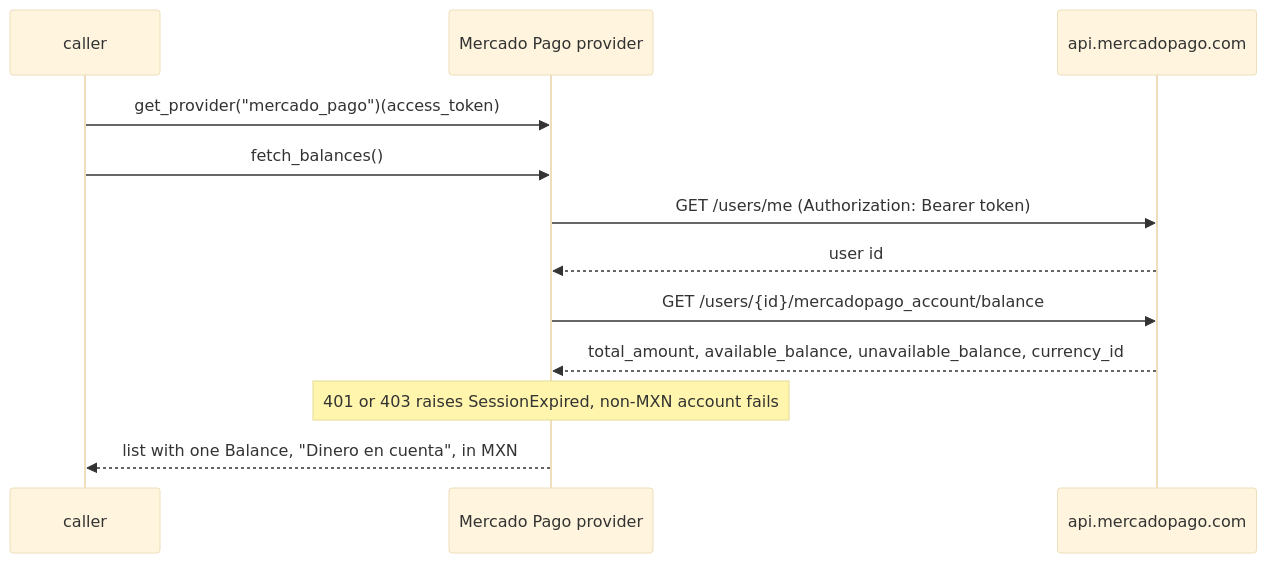
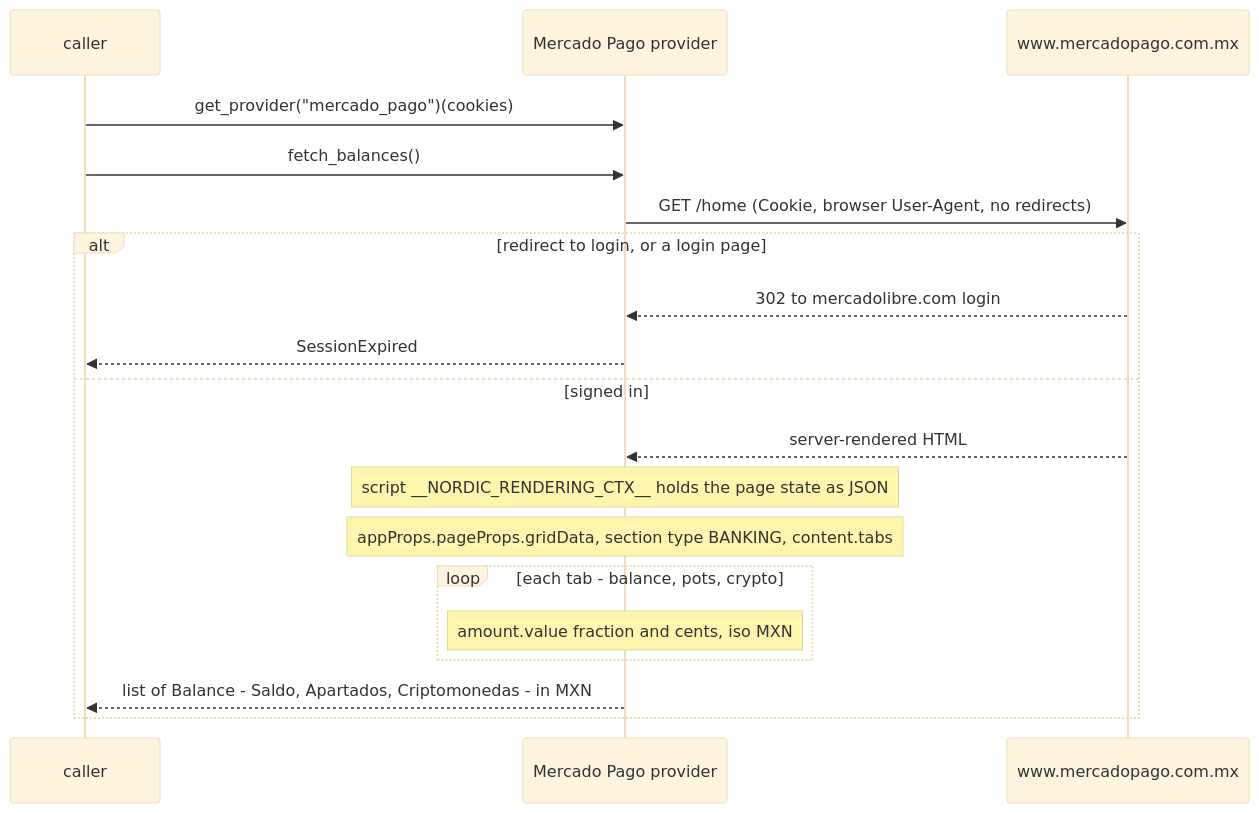
Before and after one commit to PaoloReyes/finscraper-mx: the second of 2 diagrams in docs/flows/mercado_pago.md, drawn with Mermaid (base theme). The commit also changed other lines of this file and 5 other files, not shown here.

First line of the commit message:
Mercado Pago: read balances from the signed-in web app instead of the API

````diff
--- a/docs/flows/mercado_pago.md
+++ b/docs/flows/mercado_pago.md
@@ -6,15 +24,22 @@
 ```mermaid
 sequenceDiagram
   participant C as caller
   participant P as Mercado Pago provider
-  participant A as api.mercadopago.com
+  participant W as www.mercadopago.com.mx
 
-  C->>P: get_provider("mercado_pago")(access_token)
+  C->>P: get_provider("mercado_pago")(cookies)
   C->>P: fetch_balances()
-  P->>A: GET /users/me  (Authorization: Bearer token)
-  A-->>P: user id
-  P->>A: GET /users/{id}/mercadopago_account/balance
-  A-->>P: total_amount, available_balance, unavailable_balance, currency_id
-  Note over P: 401 or 403 raises SessionExpired, non-MXN account fails
-  P-->>C: list with one Balance, "Dinero en cuenta", in MXN
+  P->>W: GET /home  (Cookie, browser User-Agent, no redirects)
+  alt redirect to login, or a login page
+    W-->>P: 302 to mercadolibre.com login
+    P-->>C: SessionExpired
+  else signed in
+    W-->>P: server-rendered HTML
+    Note over P: script __NORDIC_RENDERING_CTX__ holds the page state as JSON
+    Note over P: appProps.pageProps.gridData, section type BANKING, content.tabs
+    loop each tab - balance, pots, crypto
+      Note over P: amount.value fraction and cents, iso MXN
+    end
+    P-->>C: list of Balance - Saldo, Apartados, Criptomonedas - in MXN
+  end
 ```
````
